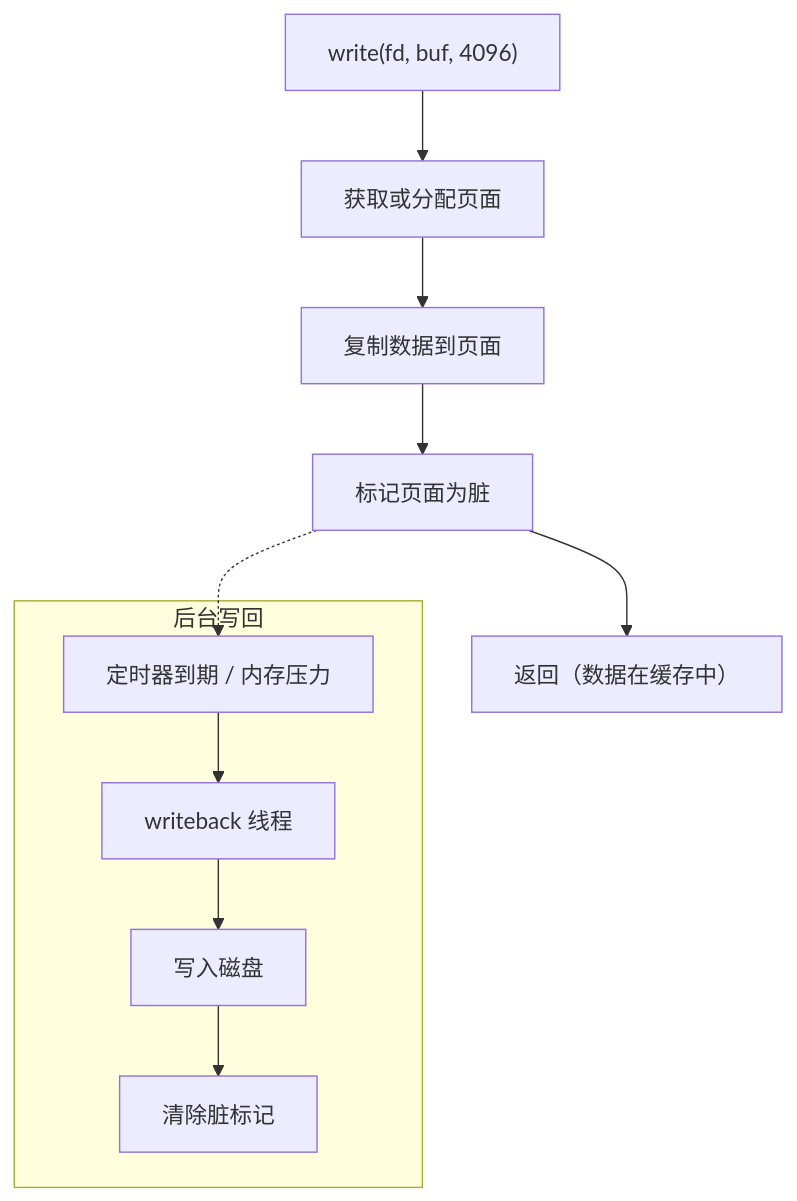
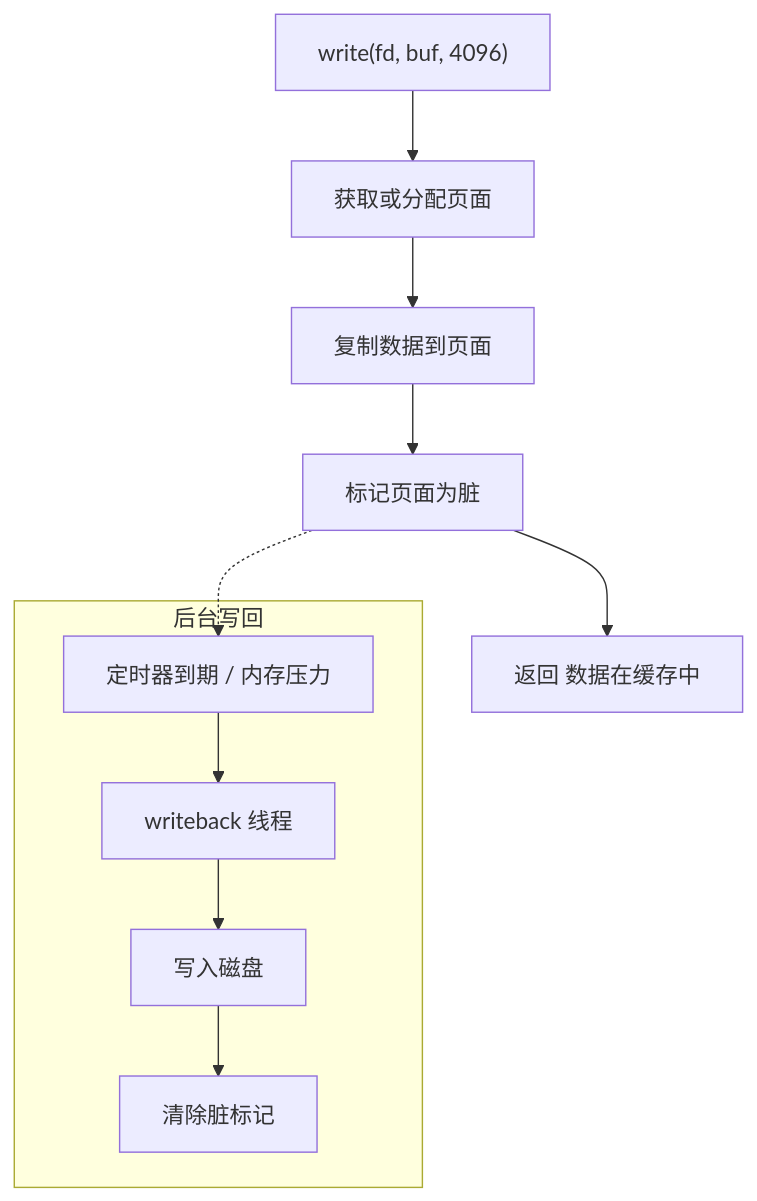
The eighth of 13 diagrams in content/articles/linux/linux-29-内核面试题-文件系统与VFS.md (jpixy/jpixy.github.io), drawn with Mermaid before and after one commit. The commit also changed other lines of this file and 66 other files, not shown here.

Commit message:
fix: resolve Mermaid syntax errors by removing parentheses in node labels

````diff
--- a/content/articles/linux/linux-29-内核面试题-文件系统与VFS.md
+++ b/content/articles/linux/linux-29-内核面试题-文件系统与VFS.md
@@ -494,18 +494,18 @@
 ```mermaid
 flowchart TB
     WRITE["write(fd, buf, 4096)"]
     GRAB["获取或分配页面"]
     COPY["复制数据到页面"]
     DIRTY["标记页面为脏"]
-    RETURN["返回（数据在缓存中）"]
+    RETURN["返回 数据在缓存中"]
     
     subgraph 后台写回
         TIMER["定时器到期 / 内存压力"]
         WB["writeback 线程"]
         FLUSH["写入磁盘"]
         CLEAN["清除脏标记"]
     end
     
     WRITE --> GRAB --> COPY --> DIRTY --> RETURN
     DIRTY -.-> TIMER --> WB --> FLUSH --> CLEAN
 ```
````
